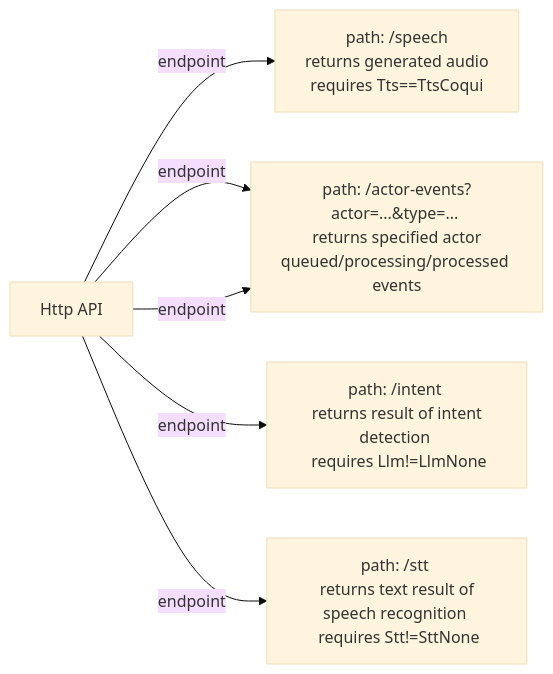
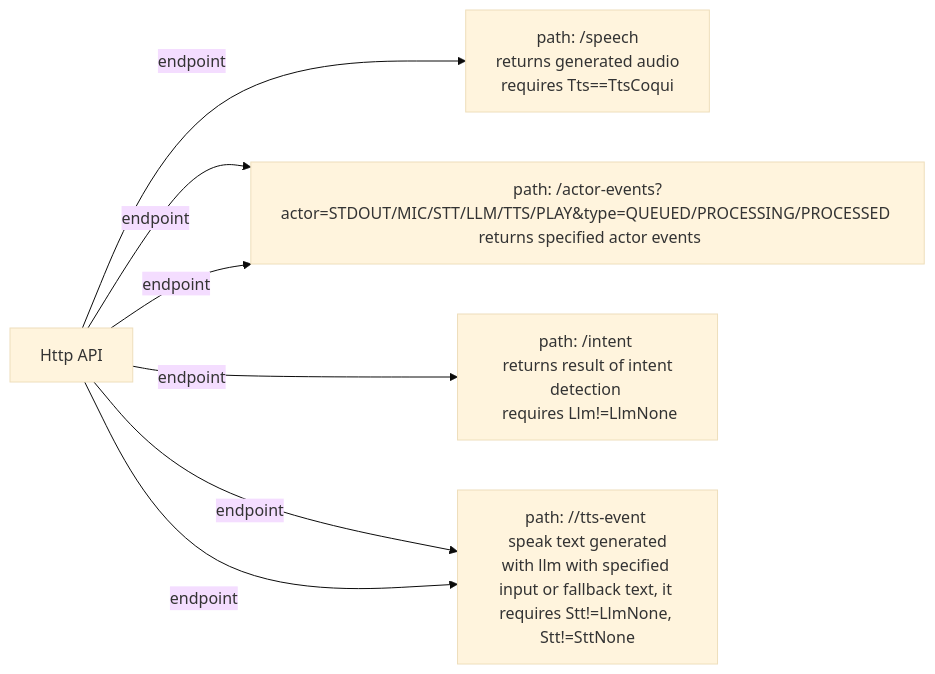
One commit to sghpjuikit/player changed the seventh of 7 diagrams in app/speech-recognition-whisper/README.md. Above: the diagram before and after it, drawn with Mermaid (base theme). The commit also changed 6 other files, not shown here.

````diff
--- a/app/speech-recognition-whisper/README.md
+++ b/app/speech-recognition-whisper/README.md
@@ -134,9 +134,10 @@
 ```mermaid
 flowchart LR
   HTTP[Http API]
   HTTP -->|endpoint| HTTP1[path: /speech \n returns generated audio \n requires Tts==TtsCoqui]
   HTTP -->|endpoint| HTTP2[path: /actor \n returns all actor states for monitoring]
-  HTTP -->|endpoint| HTTP2[path: /actor-events?actor=...&type=... \n returns specified actor queued/processing/processed events]
+  HTTP -->|endpoint| HTTP2[path: /actor-events?actor=STDOUT/MIC/STT/LLM/TTS/PLAY&type=QUEUED/PROCESSING/PROCESSED \n returns specified actor events]
   HTTP -->|endpoint| HTTP3[path: /intent \n returns result of intent detection \n requires Llm!=LlmNone]
   HTTP -->|endpoint| HTTP4[path: /stt \n returns text result of speech recognition \n requires Stt!=SttNone]
+  HTTP -->|endpoint| HTTP4[path: //tts-event \n speak text generated with llm with specified input or fallback text, it requires Stt!=LlmNone, Stt!=SttNone]
 ```
````
